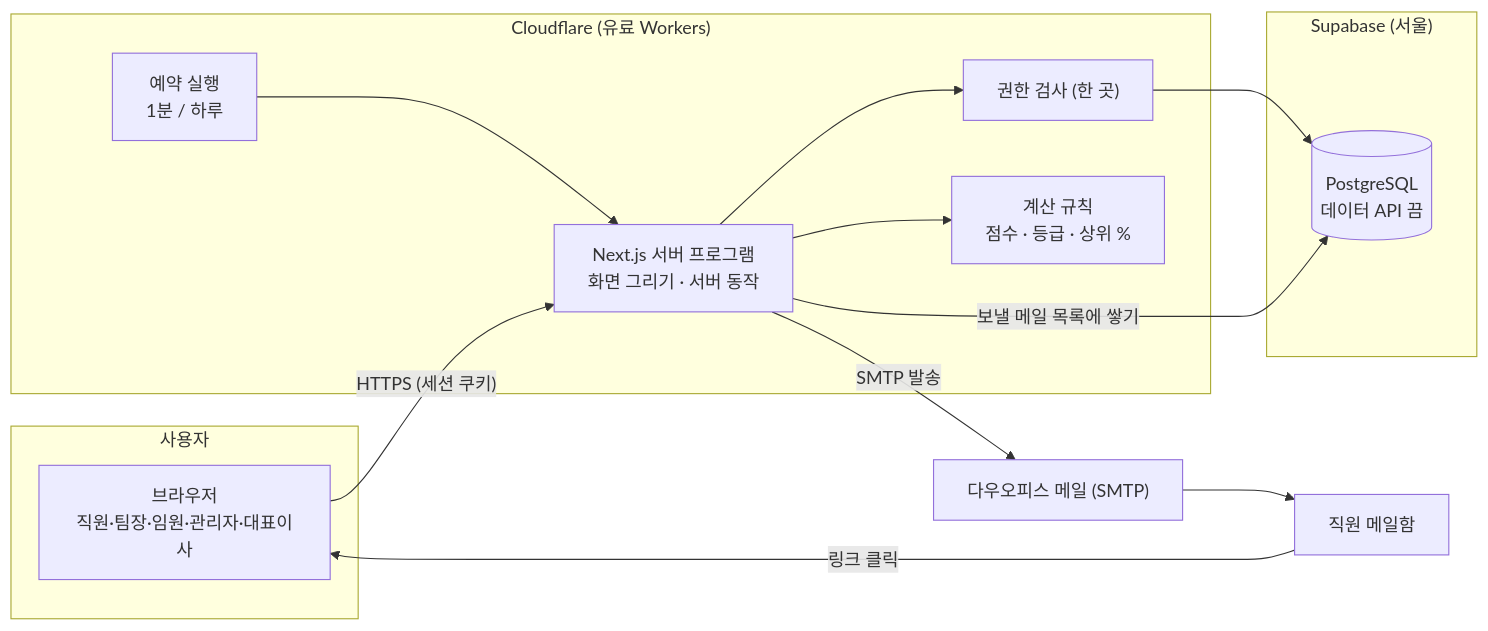
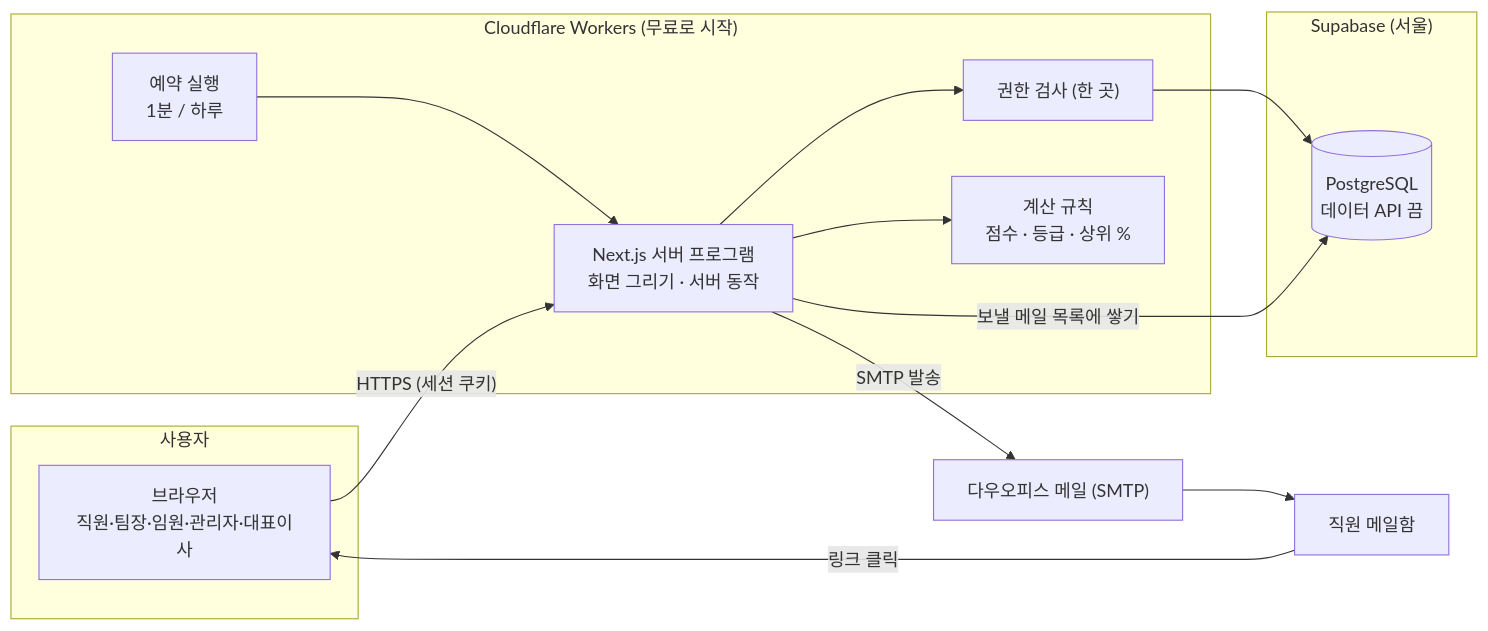
One commit to jmkim0808/hr-eval changed the first of 5 diagrams in docs/tech/01-아키텍처.md. Above: the diagram before and after it, drawn with Mermaid. The commit also changed other lines of this file and 6 other files, not shown here.

````diff
--- a/docs/tech/01-아키텍처.md
+++ b/docs/tech/01-아키텍처.md
@@ -23,25 +23,25 @@
 ```mermaid
 flowchart LR
     subgraph 사용자
       B["브라우저<br/>직원·팀장·임원·관리자·대표이사"]
     end
-    subgraph CF["Cloudflare (유료 Workers)"]
+    subgraph CF["Cloudflare Workers (무료로 시작)"]
       APP["Next.js 서버 프로그램<br/>화면 그리기 · 서버 동작"]
       AUTHZ["권한 검사 (한 곳)"]
       DOMAIN["계산 규칙<br/>점수 · 등급 · 상위 %"]
       CRON["예약 실행<br/>1분 / 하루"]
     end
     subgraph SB["Supabase (서울)"]
       DB[("PostgreSQL<br/>데이터 API 끔")]
     end
     MAIL["다우오피스 메일 (SMTP)"]
     INBOX["직원 메일함"]
 
     B -- "HTTPS (세션 쿠키)" --> APP
     APP --> AUTHZ --> DB
     APP --> DOMAIN
     CRON --> APP
     APP -- "보낼 메일 목록에 쌓기" --> DB
     APP -- "SMTP 발송" --> MAIL --> INBOX
     INBOX -- "링크 클릭" --> B
 ```
````
